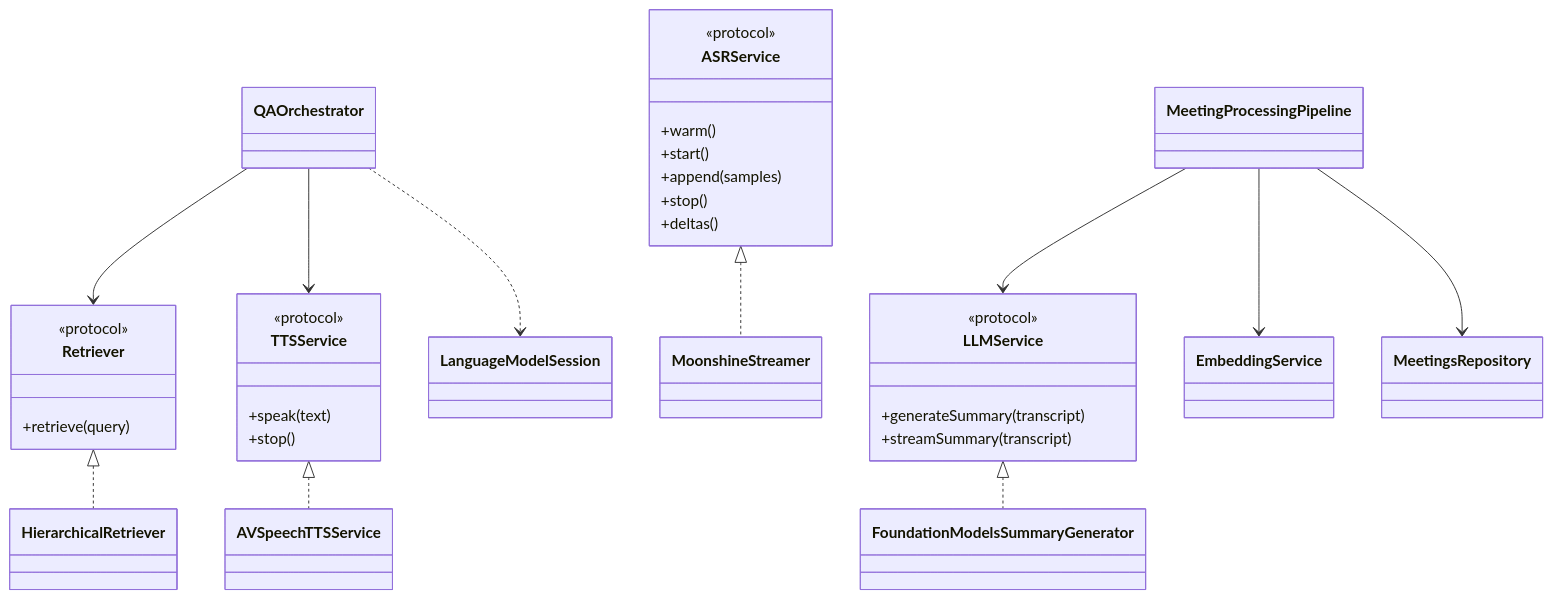
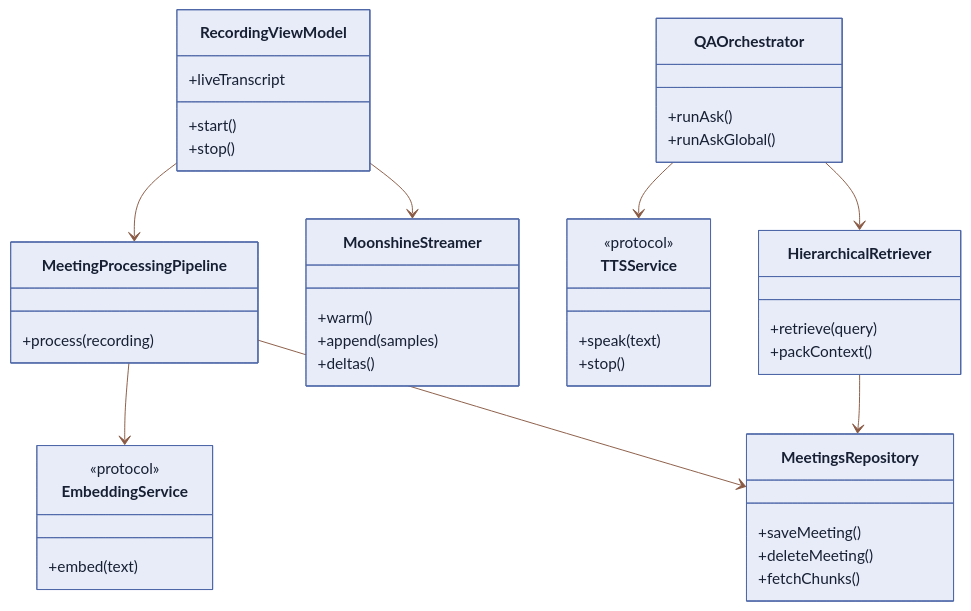
One commit to theaayushstha1/aftertalk changed the third of 4 diagrams in README.md. Above: the diagram before and after it, drawn with Mermaid. The commit also changed other lines of this file and 10 other files, not shown here.

````diff
--- a/README.md
+++ b/README.md
@@ -83,38 +102,47 @@
 ```mermaid
+%%{init: {'theme': 'base', 'themeVariables': {'primaryColor': '#E7ECF8', 'primaryBorderColor': '#4F68A8', 'primaryTextColor': '#172033', 'lineColor': '#8A5A44', 'fontFamily': 'Inter, ui-sans-serif, system-ui'}}}%%
 classDiagram
-    class ASRService {
-        <<protocol>>
+    class RecordingViewModel {
+        +start()
+        +stop()
+        +liveTranscript
+    }
+    class MoonshineStreamer {
         +warm()
-        +start()
         +append(samples)
-        +stop()
         +deltas()
     }
-    class LLMService {
+    class MeetingProcessingPipeline {
+        +process(recording)
+    }
+    class MeetingsRepository {
+        +saveMeeting()
+        +deleteMeeting()
+        +fetchChunks()
+    }
+    class EmbeddingService {
         <<protocol>>
-        +generateSummary(transcript)
-        +streamSummary(transcript)
+        +embed(text)
+    }
+    class HierarchicalRetriever {
+        +retrieve(query)
+        +packContext()
+    }
+    class QAOrchestrator {
+        +runAsk()
+        +runAskGlobal()
     }
     class TTSService {
         <<protocol>>
         +speak(text)
         +stop()
     }
-    class Retriever {
-        <<protocol>>
-        +retrieve(query)
-    }
 
-    ASRService <|.. MoonshineStreamer
-    LLMService <|.. FoundationModelsSummaryGenerator
-    TTSService <|.. AVSpeechTTSService
-    Retriever <|.. HierarchicalRetriever
-
-    QAOrchestrator --> Retriever
+    RecordingViewModel --> MoonshineStreamer
+    RecordingViewModel --> MeetingProcessingPipeline
+    MeetingProcessingPipeline --> MeetingsRepository
+    MeetingProcessingPipeline --> EmbeddingService
+    QAOrchestrator --> HierarchicalRetriever
     QAOrchestrator --> TTSService
-    QAOrchestrator ..> LanguageModelSession
-
-    MeetingProcessingPipeline --> LLMService
-    MeetingProcessingPipeline --> EmbeddingService
-    MeetingProcessingPipeline --> MeetingsRepository
+    HierarchicalRetriever --> MeetingsRepository
 ```
````
